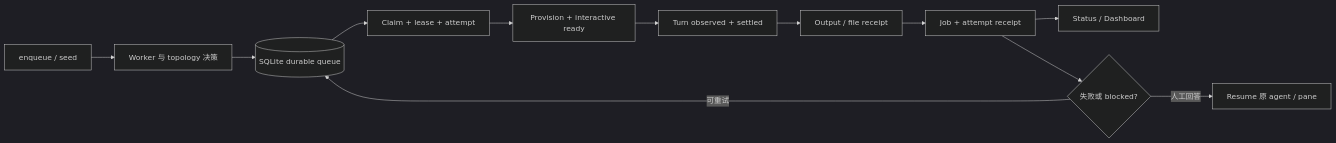
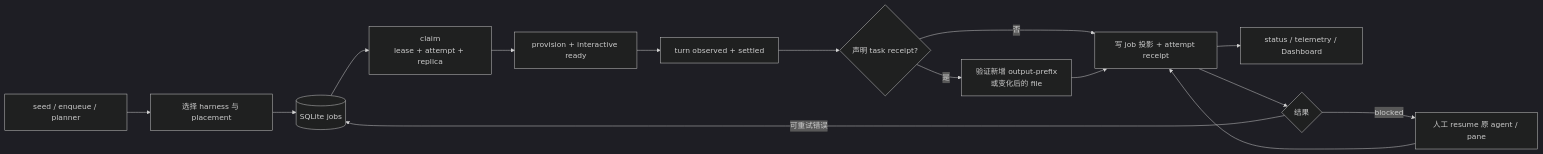
Before and after one commit to oldwinter/herdr-orchestrator: the diagram in droid-wiki/features/index.md, drawn with Mermaid (dark theme). The commit also changed other lines of this file and 62 other files, not shown here.

````diff
--- a/droid-wiki/features/index.md
+++ b/droid-wiki/features/index.md
@@ -19,14 +24,17 @@
 ```mermaid
 flowchart LR
-    CLI[enqueue / seed] --> Route[Worker 与 topology 决策]
-    Route --> Queue[(SQLite durable queue)]
-    Queue --> Claim[Claim + lease + attempt]
-    Claim --> Ready[Provision + interactive ready]
-    Ready --> Turn[Turn observed + settled]
-    Turn --> Verify[Output / file receipt]
-    Verify --> Persist[Job + attempt receipt]
-    Persist --> Observe[Status / Dashboard]
-    Persist --> Recover{失败或 blocked?}
-    Recover -->|可重试| Queue
-    Recover -->|人工回答| Resume[Resume 原 agent / pane]
+    Input["seed / enqueue / planner"] --> Route["选择 harness 与 placement"]
+    Route --> Queue[("SQLite jobs")]
+    Queue --> Claim["claim\nlease + attempt + replica"]
+    Claim --> Ready["provision + interactive ready"]
+    Ready --> Turn["turn observed + settled"]
+    Turn --> Verify{"声明 task receipt?"}
+    Verify -->|"否"| Persist["写 job 投影 + attempt receipt"]
+    Verify -->|"是"| Machine["验证新增 output-prefix\n或变化后的 file"]
+    Machine --> Persist
+    Persist --> Observe["status / telemetry / Dashboard"]
+    Persist --> Recover{"结果"}
+    Recover -->|"可重试错误"| Queue
+    Recover -->|"blocked"| Resume["人工 resume 原 agent / pane"]
+    Resume --> Persist
 ```
````
